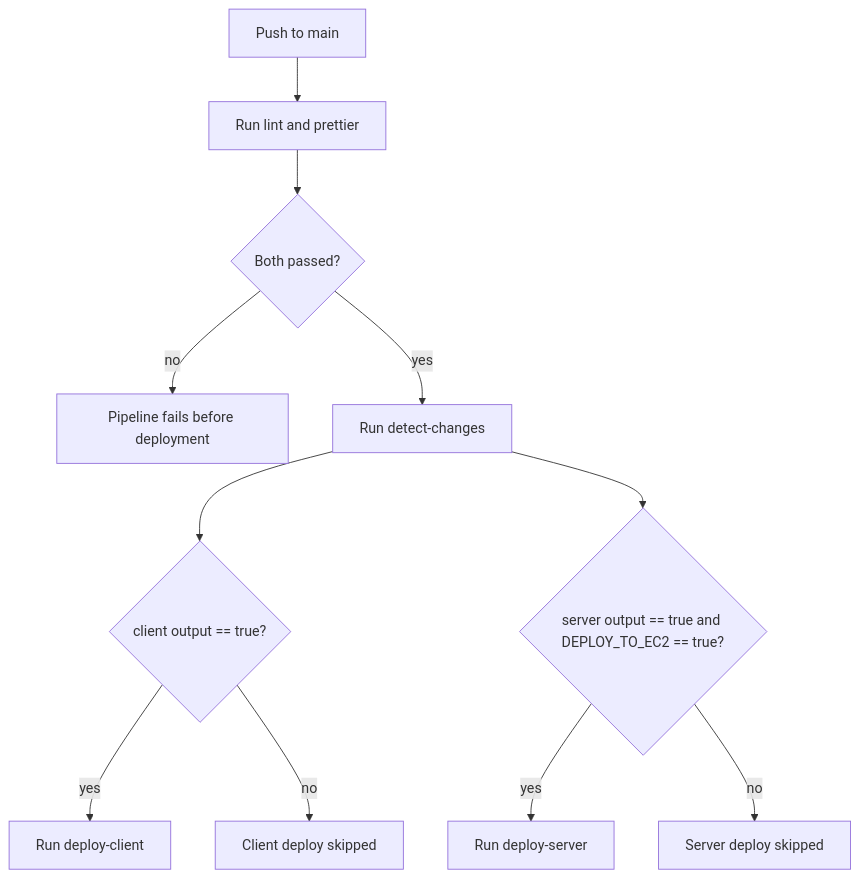
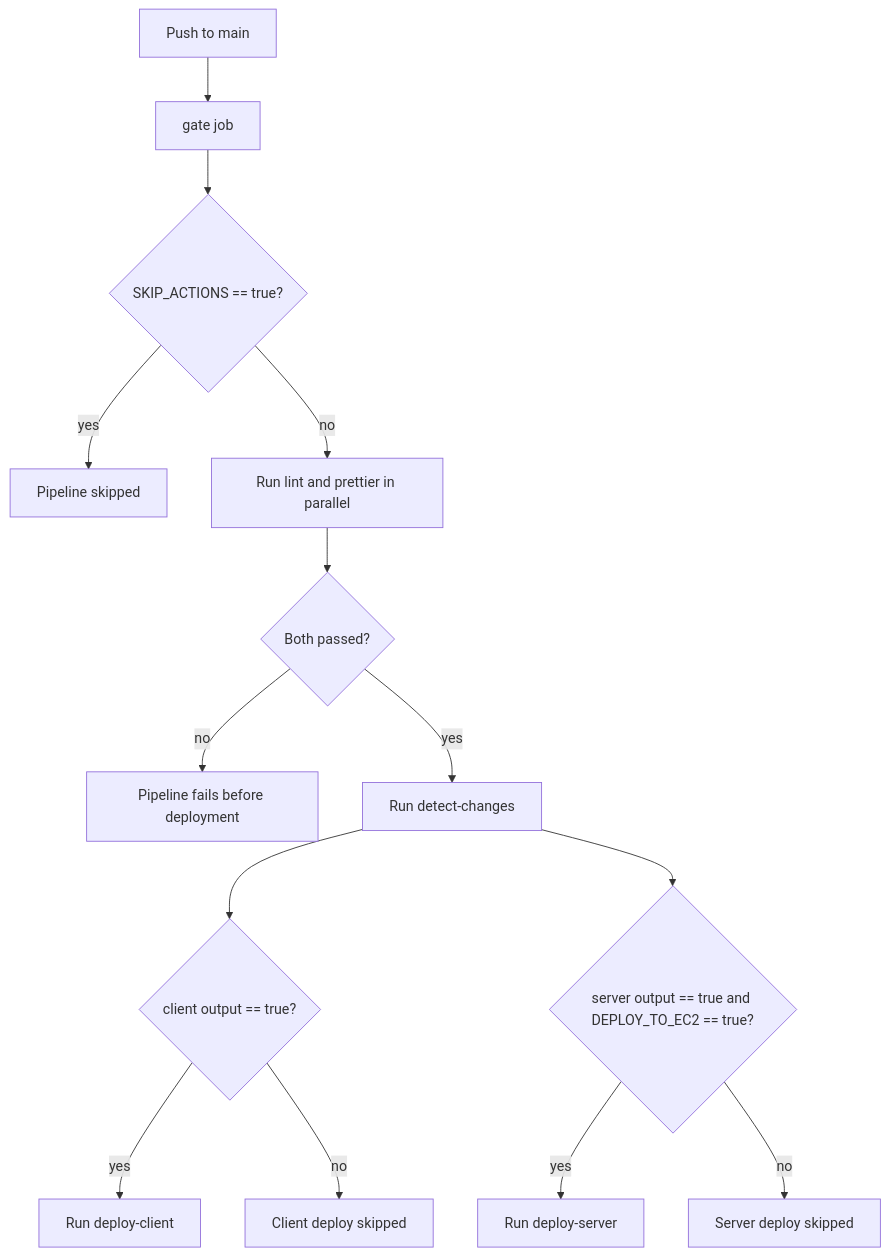
One commit to IamDevTrivedi/Trimium changed the third of 6 diagrams in docs/architecture/CI_CD_PIPELINE_ARCHITECTURE.md. Above: the diagram before and after it, drawn with Mermaid. The commit also changed other lines of this file and 5 other files, not shown here.

````diff
--- a/docs/architecture/CI_CD_PIPELINE_ARCHITECTURE.md
+++ b/docs/architecture/CI_CD_PIPELINE_ARCHITECTURE.md
@@ -94,16 +72,20 @@
 ```mermaid
 flowchart TD
-    A[Push to main] --> B[Run lint and prettier]
-    B --> C{Both passed?}
-    C -- no --> X[Pipeline fails before deployment]
-    C -- yes --> D[Run detect-changes]
+    A[Push to main] --> B[gate job]
+    B --> C{SKIP_ACTIONS == true?}
+    C -- yes --> D[Pipeline skipped]
+    C -- no --> E[Run lint and prettier in parallel]
 
-    D --> E{client output == true?}
-    D --> F{server output == true and DEPLOY_TO_EC2 == true?}
+    E --> F{Both passed?}
+    F -- no --> G[Pipeline fails before deployment]
+    F -- yes --> H[Run detect-changes]
 
-    E -- yes --> G[Run deploy-client]
-    E -- no --> H[Client deploy skipped]
+    H --> I{client output == true?}
+    H --> J{server output == true and DEPLOY_TO_EC2 == true?}
 
-    F -- yes --> I[Run deploy-server]
-    F -- no --> J[Server deploy skipped]
+    I -- yes --> K[Run deploy-client]
+    I -- no --> L[Client deploy skipped]
+
+    J -- yes --> M[Run deploy-server]
+    J -- no --> N[Server deploy skipped]
 ```
````
